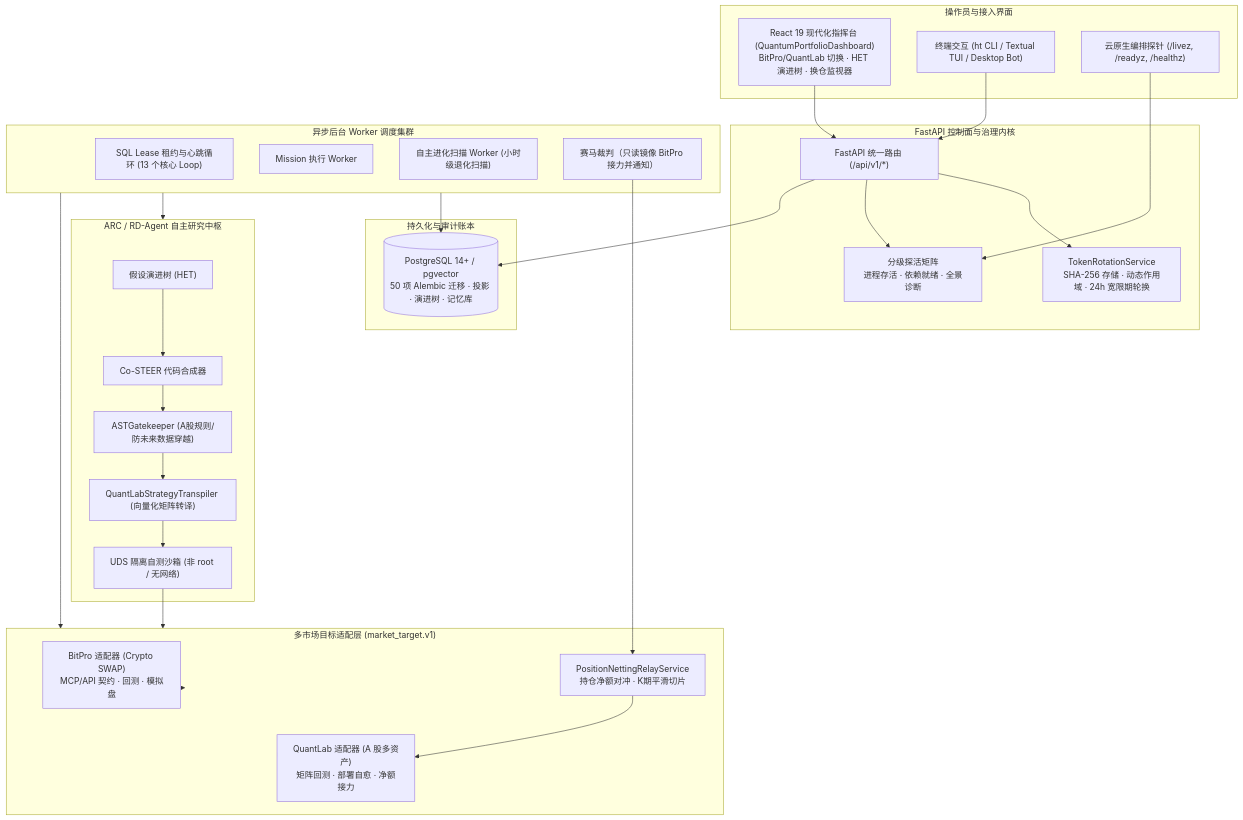
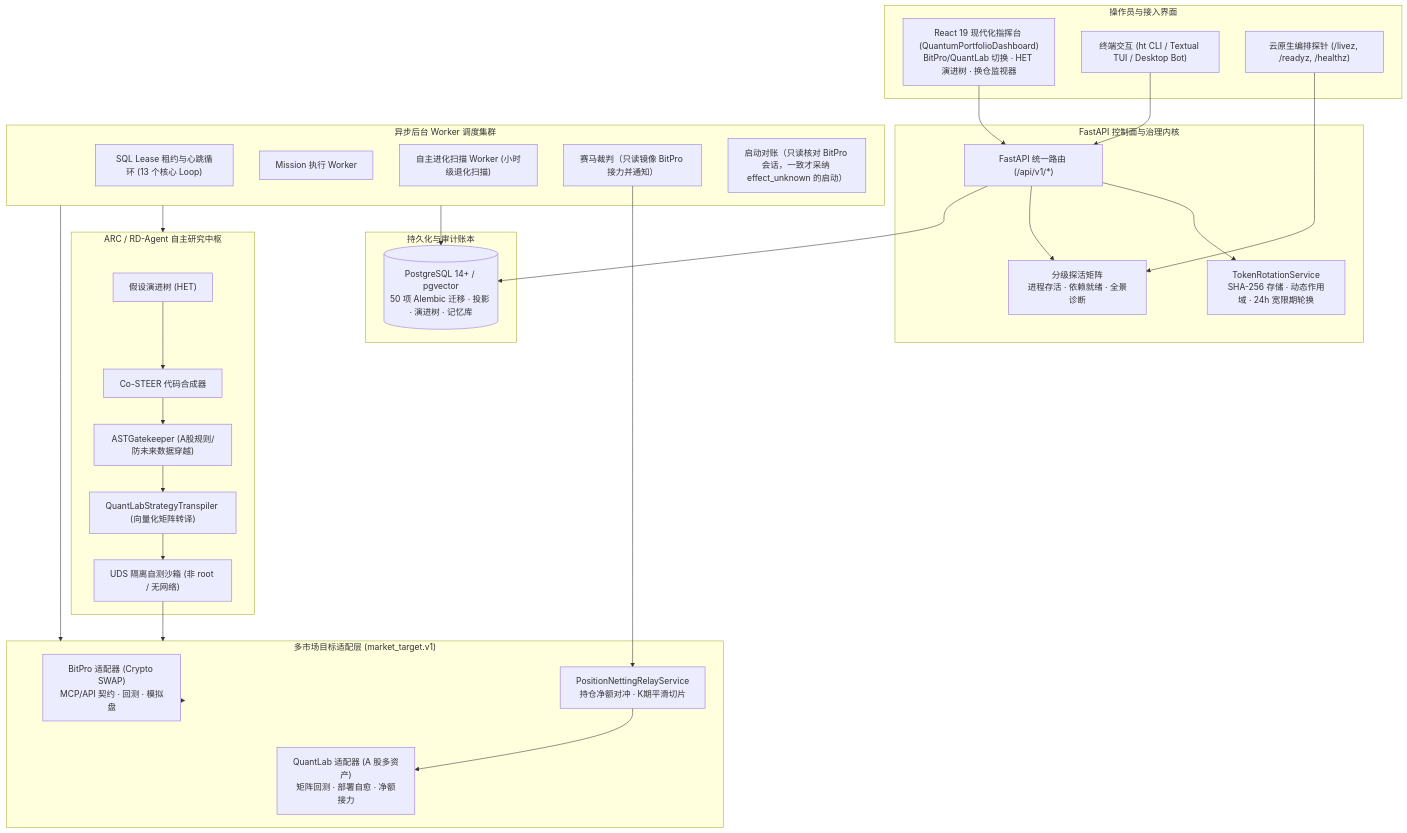
The diagram in docs/architecture/33-system-architecture.md (Shadowell/HyperTrade), drawn with Mermaid before and after one commit. The commit also changed other lines of this file and 2 other files, not shown here.

Commit message:
docs: 记录启动契约修复与效果对账（进度、规格、架构图）

````diff
--- a/docs/architecture/33-system-architecture.md
+++ b/docs/architecture/33-system-architecture.md
@@ -50,55 +50,56 @@
 ```mermaid
 flowchart TB
   subgraph Surfaces["操作员与接入界面"]
     Web["React 19 现代化指挥台 (QuantumPortfolioDashboard)<br/>BitPro/QuantLab 切换 · HET 演进树 · 换仓监视器"]
     CLI["终端交互 (ht CLI / Textual TUI / Desktop Bot)"]
     K8s["云原生编排探针 (/livez, /readyz, /healthz)"]
   end
 
   subgraph ControlPlane["FastAPI 控制面与治理内核"]
     API["FastAPI 统一路由 (/api/v1/*)"]
     TokenManager["TokenRotationService<br/>SHA-256 存储 · 动态作用域 · 24h 宽限期轮换"]
     HealthProbes["分级探活矩阵<br/>进程存活 · 依赖就绪 · 全景诊断"]
     API --> TokenManager
     API --> HealthProbes
   end
 
   subgraph WorkerCore["异步后台 Worker 调度集群"]
     WorkerLoop["SQL Lease 租约与心跳循环 (13 个核心 Loop)"]
     MissionWorker["Mission 执行 Worker"]
     EvolutionWorker["自主进化扫描 Worker (小时级退化扫描)"]
     RaceJudgeWorker["赛马裁判（只读镜像 BitPro 接力并通知）"]
+    PaperEffectReconciler["启动对账（只读核对 BitPro 会话，一致才采纳 effect_unknown 的启动）"]
   end
 
   subgraph ResearchEngine["ARC / RD-Agent 自主研究中枢"]
     HET["假设演进树 (HET)"]
     CoSTEER["Co-STEER 代码合成器"]
     ASTGate["ASTGatekeeper (A股规则/防未来数据穿越)"]
     Transpiler["QuantLabStrategyTranspiler (向量化矩阵转译)"]
     Sandbox["UDS 隔离自测沙箱 (非 root / 无网络)"]
     
     HET --> CoSTEER --> ASTGate --> Transpiler --> Sandbox
   end
 
   subgraph TargetAdapters["多市场目标适配层 (market_target.v1)"]
     BitProAdapter["BitPro 适配器 (Crypto SWAP)<br/>MCP/API 契约 · 回测 · 模拟盘"]
     QuantLabAdapter["QuantLab 适配器 (A 股多资产)<br/>矩阵回测 · 部署自愈 · 净额接力"]
     NettingService["PositionNettingRelayService<br/>持仓净额对冲 · K期平滑切片"]
   end
 
   subgraph Persistence["持久化与审计账本"]
     PG[("PostgreSQL 14+ / pgvector<br/>50 项 Alembic 迁移 · 投影 · 演进树 · 记忆库")]
   end
 
   Web --> API
   CLI --> API
   K8s --> HealthProbes
   API --> PG
   WorkerCore --> PG
   WorkerCore --> ResearchEngine
   WorkerCore --> TargetAdapters
   Sandbox --> TargetAdapters
   RaceJudgeWorker --> NettingService --> QuantLabAdapter
   TargetAdapters --> BitProAdapter
   TargetAdapters --> QuantLabAdapter
 ```
````
